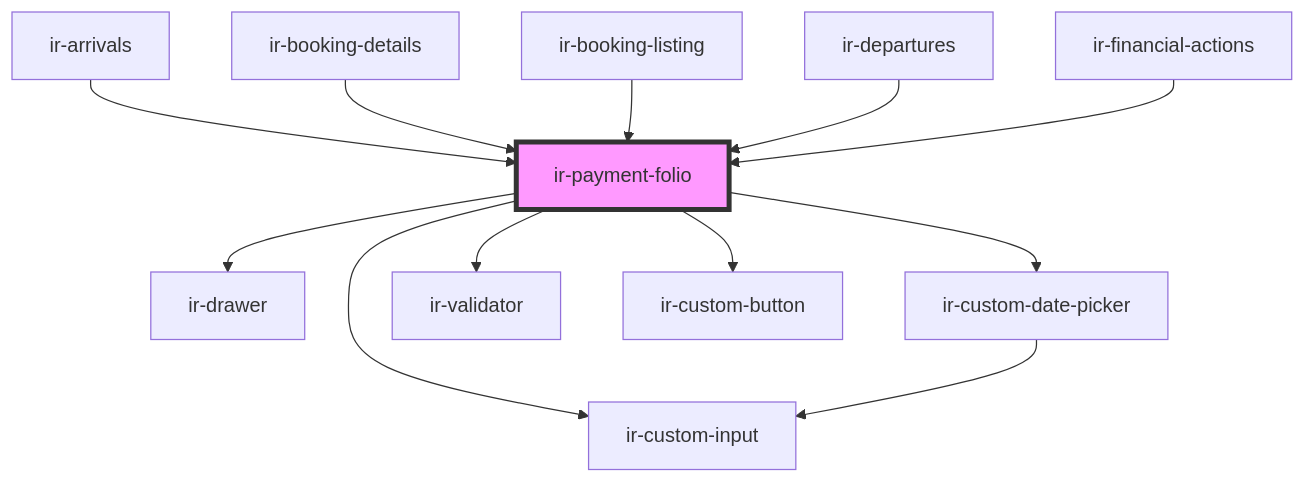
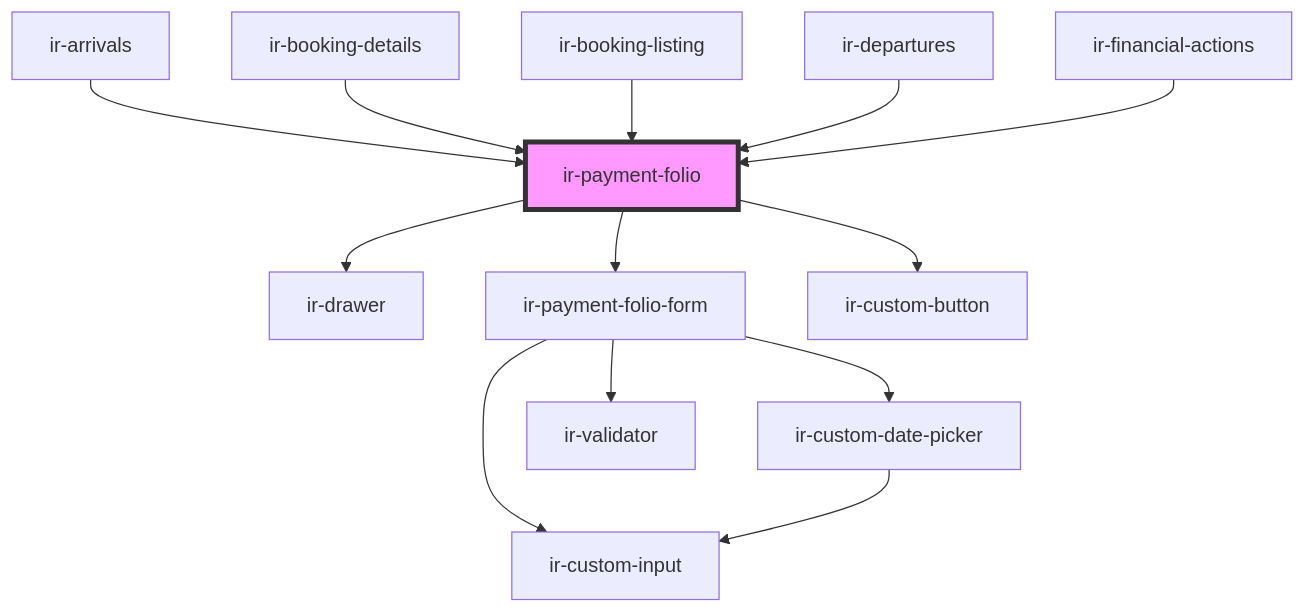
Before and after one commit to David1Chowaifaty/modified-ir-webcmp: the diagram in src/components/ir-booking-details/ir-payment-details/ir-payment-folio/readme.md, drawn with Mermaid. The commit also changed other lines of this file and 35 other files, not shown here.

First line of the commit message:
Add InvoicableItemType and update InvoicableItemSchema for type safety

````diff
--- a/src/components/ir-booking-details/ir-payment-details/ir-payment-folio/readme.md
+++ b/src/components/ir-booking-details/ir-payment-details/ir-payment-folio/readme.md
@@ -69,15 +69,16 @@
 ```mermaid
 graph TD;
   ir-payment-folio --> ir-drawer
-  ir-payment-folio --> ir-custom-date-picker
-  ir-payment-folio --> ir-validator
-  ir-payment-folio --> ir-custom-input
+  ir-payment-folio --> ir-payment-folio-form
   ir-payment-folio --> ir-custom-button
+  ir-payment-folio-form --> ir-custom-date-picker
+  ir-payment-folio-form --> ir-validator
+  ir-payment-folio-form --> ir-custom-input
   ir-custom-date-picker --> ir-custom-input
   ir-arrivals --> ir-payment-folio
   ir-booking-details --> ir-payment-folio
   ir-booking-listing --> ir-payment-folio
   ir-departures --> ir-payment-folio
   ir-financial-actions --> ir-payment-folio
   style ir-payment-folio fill:#f9f,stroke:#333,stroke-width:4px
 ```
````
